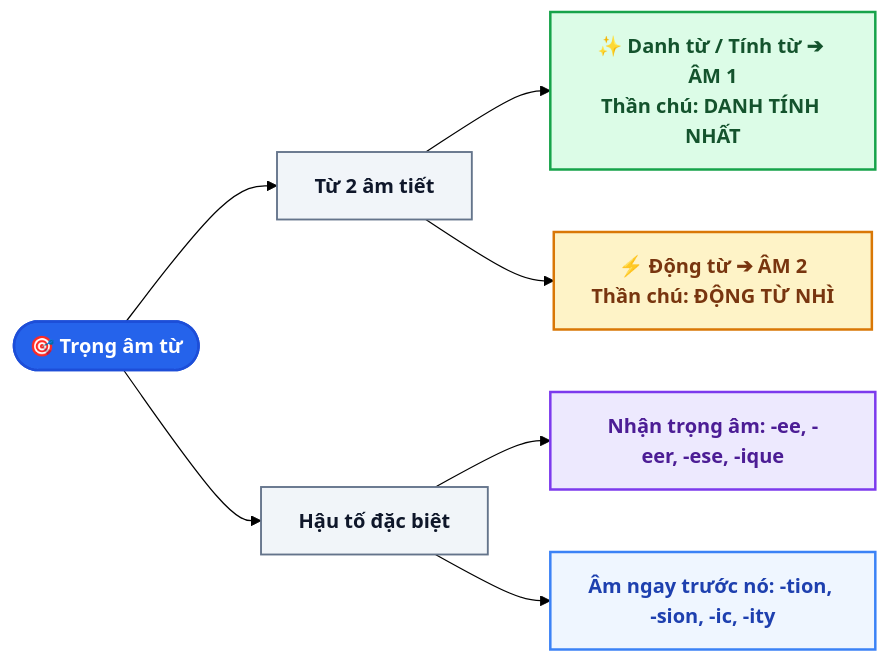
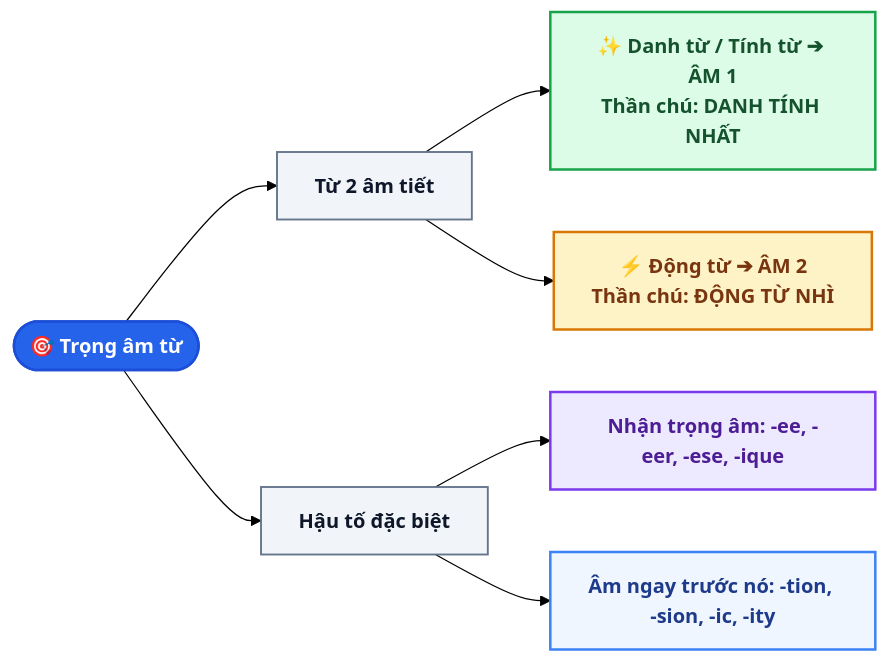
One commit to tuankiet2510/Grade10Entrance changed the diagram in EnglishDocs/docs/lessons/chuyen_de_1_trong_am_mastery.md. Above: the diagram before and after it, drawn with Mermaid (forest theme). The commit also changed 14 other files, not shown here.

Commit message:
fix(ui): resolve Mermaid dark/light contrast issue across all English lessons

````diff
--- a/EnglishDocs/docs/lessons/chuyen_de_1_trong_am_mastery.md
+++ b/EnglishDocs/docs/lessons/chuyen_de_1_trong_am_mastery.md
@@ -15,19 +15,19 @@
 ```mermaid
 flowchart LR
     A(["🎯 Trọng âm từ"]) --> B["Từ 2 âm tiết"]
     A --> C["Hậu tố đặc biệt"]
     
     B --> B1["✨ Danh từ / Tính từ ➔ ÂM 1<br/>Thần chú: DANH TÍNH NHẤT"]
     B --> B2["⚡ Động từ ➔ ÂM 2<br/>Thần chú: ĐỘNG TỪ NHÌ"]
     
     C --> C1["Nhận trọng âm: -ee, -eer, -ese, -ique"]
     C --> C2["Âm ngay trước nó: -tion, -sion, -ic, -ity"]
     
     style A fill:#2563eb,stroke:#1d4ed8,stroke-width:2px,color:#ffffff,font-weight:bold
     style B fill:#f1f5f9,stroke:#64748b,stroke-width:1.5px,color:#0f172a,font-weight:bold
     style C fill:#f1f5f9,stroke:#64748b,stroke-width:1.5px,color:#0f172a,font-weight:bold
     style B1 fill:#dcfce7,stroke:#16a34a,stroke-width:2px,color:#14532d,font-weight:bold
     style B2 fill:#fef3c7,stroke:#d97706,stroke-width:2px,color:#78350f,font-weight:bold
     style C1 fill:#ede9fe,stroke:#7c3aed,stroke-width:2px,color:#4c1d95,font-weight:bold
-    style C2 fill:#eff6ff,stroke:#3b82f6,stroke-width:2px,color:#1e40af,font-weight:bold
+    style C2 fill:#eff6ff,stroke:#3b82f6,stroke-width:2px,color:#1e3a8a,font-weight:bold
 ```
````
